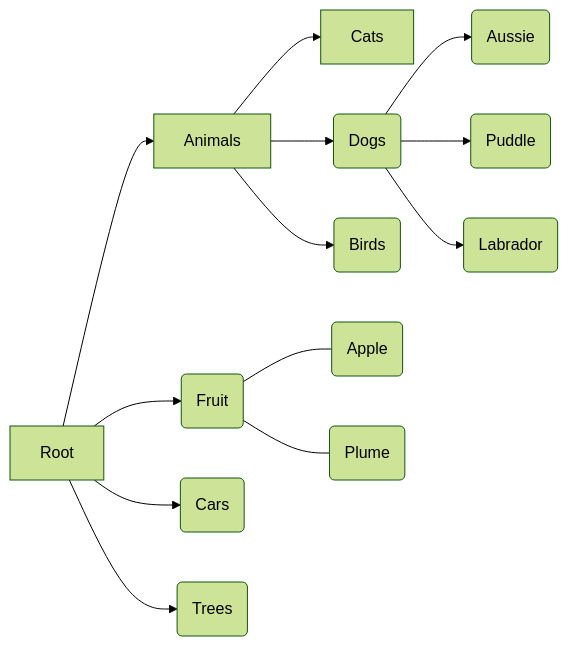
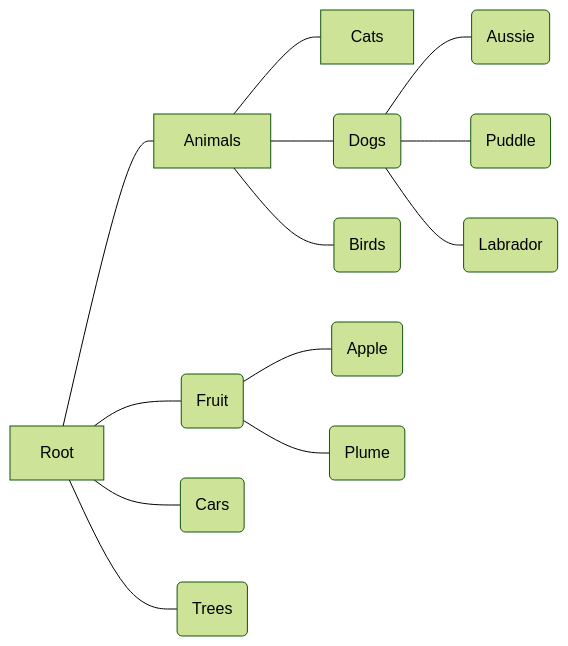
The diagram in markdown/test.md (timlau/testbed), drawn with Mermaid (forest theme) before and after one commit. The commit also changed 1 other file, not shown here.

Commit message:
test code

````diff
--- a/markdown/test.md
+++ b/markdown/test.md
@@ -1,15 +1,15 @@
 ```mermaid
 graph LR
-A0[Root] --> B1[Animals]
-A0 --> B2(Fruit)
-A0 --> B3(Cars)
-A0 --> B4(Trees)
-B1 --> C1[Cats]
-B1 --> C2(Dogs)
-B1 --> C3(Birds)
+A0[Root] --- B1[Animals]
+A0 --- B2(Fruit)
+A0 --- B3(Cars)
+A0 --- B4(Trees)
+B1 --- C1[Cats]
+B1 --- C2(Dogs)
+B1 --- C3(Birds)
 B2 --- C4(Apple)
 B2 --- C5(Plume)
-C2 --> D1(Aussie)
-C2 --> D2(Puddle)
-C2 --> D3(Labrador)
+C2 --- D1(Aussie)
+C2 --- D2(Puddle)
+C2 --- D3(Labrador)
 ```
````
